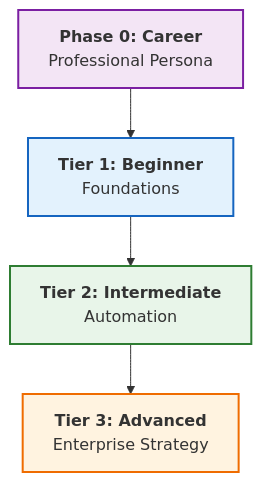
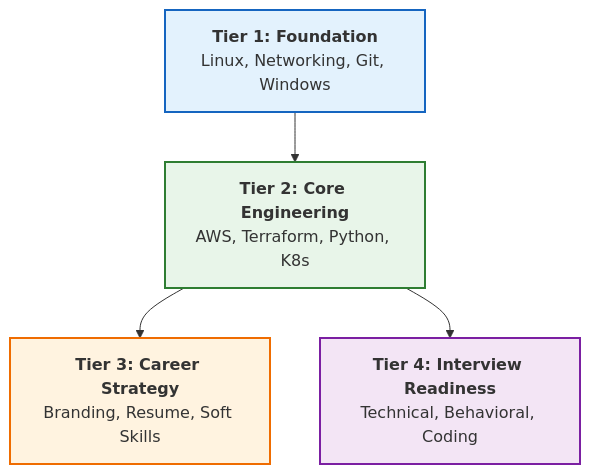
Before and after one commit to Ganil151/Devops: the diagram in readme.md, drawn with Mermaid. The commit also changed other lines of this file and 1256 other files, not shown here.

````diff
--- a/readme.md
+++ b/readme.md
@@ -26,12 +26,12 @@
 ```mermaid
 graph TD
     classDef default fill:#f9f9f9,stroke:#333,stroke-width:2px;
-    classDef beginner fill:#e3f2fd,stroke:#1565c0;
-    classDef inter fill:#e8f5e9,stroke:#2e7d32;
-    classDef adv fill:#fff3e0,stroke:#ef6c00;
-    classDef pro fill:#f3e5f5,stroke:#7b1fa2;
+    classDef foundation fill:#e3f2fd,stroke:#1565c0;
+    classDef core fill:#e8f5e9,stroke:#2e7d32;
+    classDef career fill:#fff3e0,stroke:#ef6c00;
+    classDef interview fill:#f3e5f5,stroke:#7b1fa2;
 
-    P0[<b>Phase 0: Career</b><br/>Professional Persona]:::pro --> B[<b>Tier 1: Beginner</b><br/>Foundations]:::beginner
-    B --> I[<b>Tier 2: Intermediate</b><br/>Automation]:::inter
-    I --> A[<b>Tier 3: Advanced</b><br/>Enterprise Strategy]:::adv
+    F[<b>Tier 1: Foundation</b><br/>Linux, Networking, Git, Windows]:::foundation --> C[<b>Tier 2: Core Engineering</b><br/>AWS, Terraform, Python, K8s]:::core
+    C --> I[<b>Tier 3: Career Strategy</b><br/>Branding, Resume, Soft Skills]:::career
+    C --> R[<b>Tier 4: Interview Readiness</b><br/>Technical, Behavioral, Coding]:::interview
 ```
````
